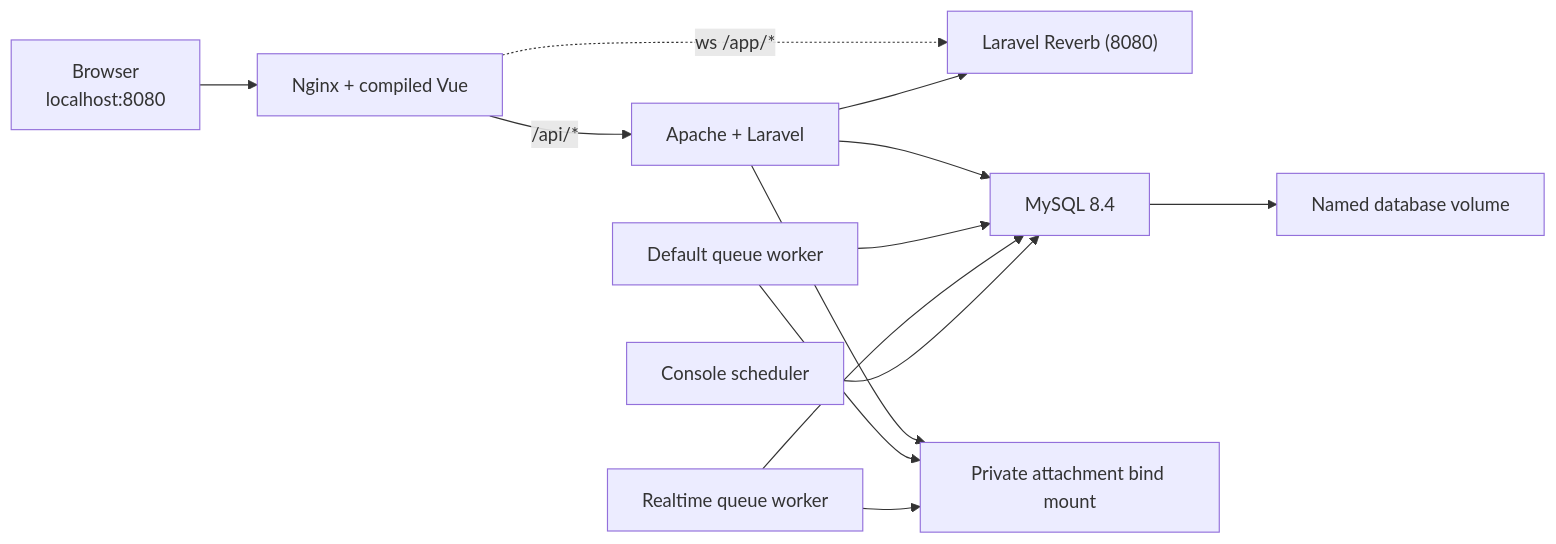
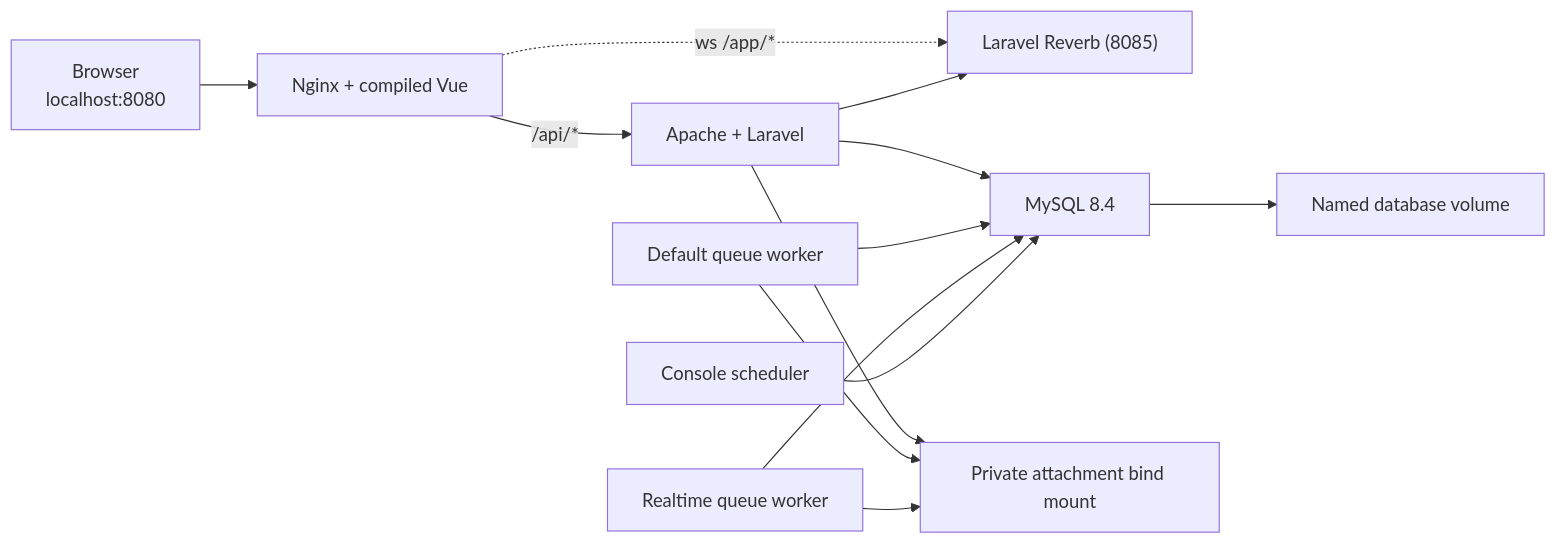
The first of 2 diagrams in Docs/ARCHITECTURE.md (Sama-Mokom/CampusDesk), drawn with Mermaid before and after one commit. The commit also changed 7 other files, not shown here.

First line of the commit message:
fix(realtime): align Reverb port to 8085 and remove app key fallback

````diff
--- a/Docs/ARCHITECTURE.md
+++ b/Docs/ARCHITECTURE.md
@@ -44,15 +44,15 @@
 ```mermaid
 flowchart LR
     Browser["Browser<br/>localhost:8080"] --> Frontend["Nginx + compiled Vue"]
     Frontend -->|"/api/*"| Backend["Apache + Laravel"]
-    Frontend -.->|"ws /app/*"| Reverb["Laravel Reverb (8080)"]
+    Frontend -.->|"ws /app/*"| Reverb["Laravel Reverb (8085)"]
     Backend --> DB["MySQL 8.4"]
     Backend --> Reverb
     Worker["Default queue worker"] --> DB
     RealtimeWorker["Realtime queue worker"] --> DB
     Scheduler["Console scheduler"] --> DB
     Backend --> Files["Private attachment bind mount"]
     Worker --> Files
     RealtimeWorker --> Files
     DB --> Volume["Named database volume"]
 ```
````
